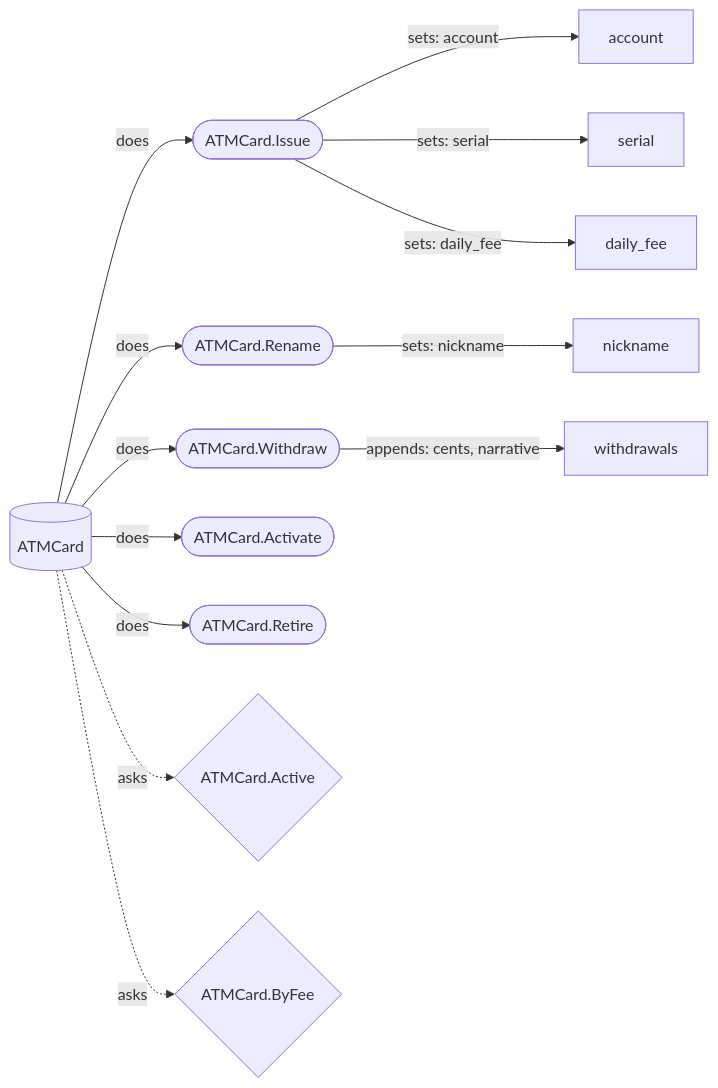
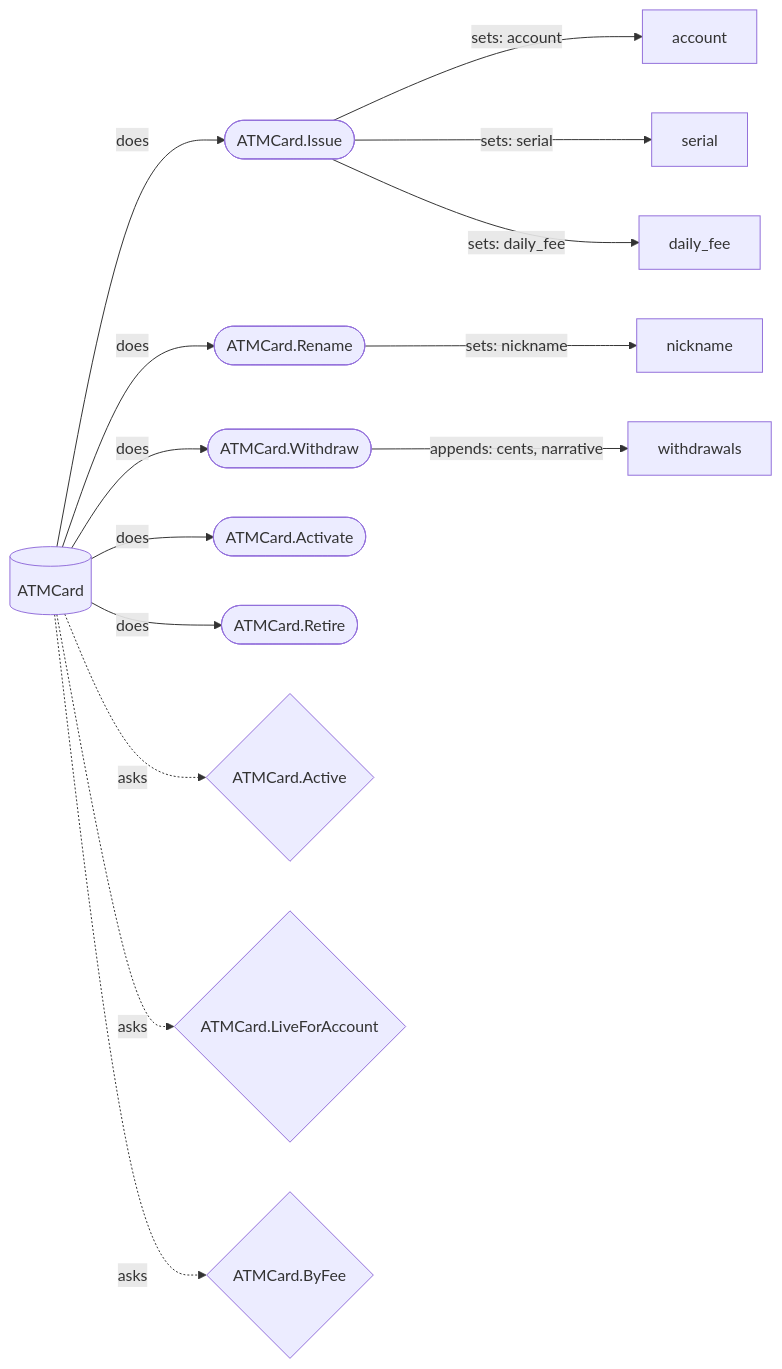
One commit to heckslabs/hecks changed the diagram in docs/generated/diagrams/banking/ATMCard_surface.mmd. Above: the diagram before and after it, drawn with Mermaid. The commit also changed 10 other files, not shown here.

```diff
--- a/docs/generated/diagrams/banking/ATMCard_surface.mmd
+++ b/docs/generated/diagrams/banking/ATMCard_surface.mmd
@@ -1,15 +1,16 @@
 %% GENERATED by hecks project_diagrams from ATMCard's own declared commands (and what each writes) and queries — DO NOT EDIT BY HAND.
 %% Re-run `hecks project_diagrams <domain-path> Banking` after any change.
 flowchart LR
     ATMCard[(ATMCard)] -->|does| cmd_ATMCard_Issue(["ATMCard.Issue"])
     ATMCard[(ATMCard)] -->|does| cmd_ATMCard_Rename(["ATMCard.Rename"])
     ATMCard[(ATMCard)] -->|does| cmd_ATMCard_Withdraw(["ATMCard.Withdraw"])
     ATMCard[(ATMCard)] -->|does| cmd_ATMCard_Activate(["ATMCard.Activate"])
     ATMCard[(ATMCard)] -->|does| cmd_ATMCard_Retire(["ATMCard.Retire"])
     cmd_ATMCard_Issue(["ATMCard.Issue"]) -->|"sets: account"| attr_ATMCard_account[account]
     cmd_ATMCard_Issue(["ATMCard.Issue"]) -->|"sets: serial"| attr_ATMCard_serial[serial]
     cmd_ATMCard_Issue(["ATMCard.Issue"]) -->|"sets: daily_fee"| attr_ATMCard_daily_fee[daily_fee]
     cmd_ATMCard_Rename(["ATMCard.Rename"]) -->|"sets: nickname"| attr_ATMCard_nickname[nickname]
     cmd_ATMCard_Withdraw(["ATMCard.Withdraw"]) -->|"appends: cents, narrative"| attr_ATMCard_withdrawals[withdrawals]
     ATMCard[(ATMCard)] -.->|asks| qry_ATMCard_Active{"ATMCard.Active"}
+    ATMCard[(ATMCard)] -.->|asks| qry_ATMCard_LiveForAccount{"ATMCard.LiveForAccount"}
     ATMCard[(ATMCard)] -.->|asks| qry_ATMCard_ByFee{"ATMCard.ByFee"}
```
